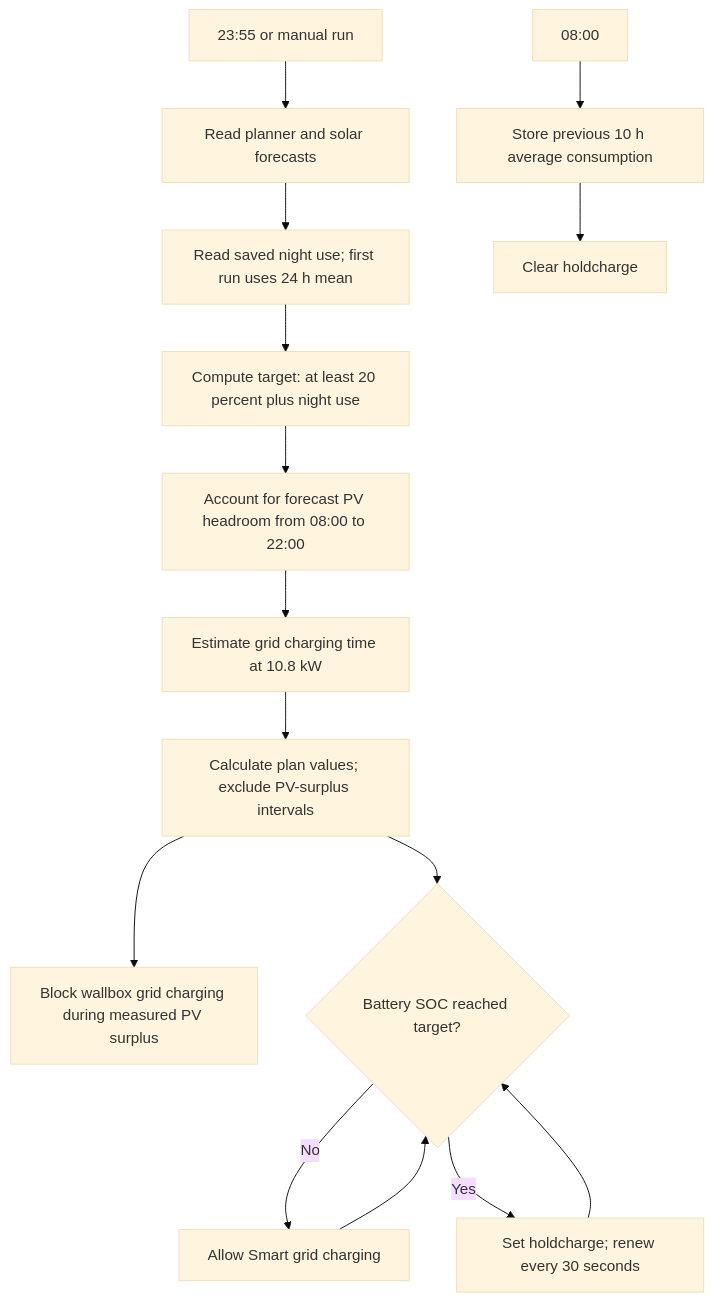
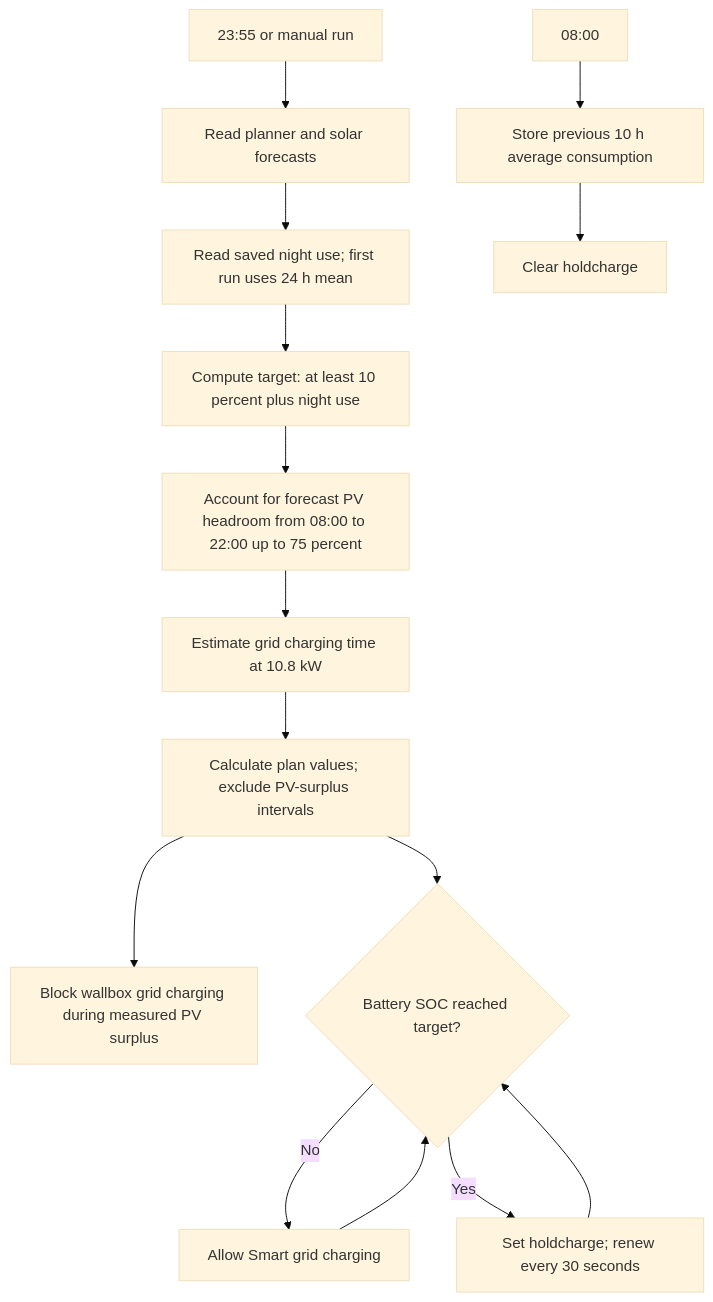
One commit to synb10se/docs changed the second of 2 diagrams in home-assistant/evcc/EVCC_PREISOPTIMIERUNG.en.md. Above: the diagram before and after it, drawn with Mermaid (base theme). The commit also changed other lines of this file, not shown here.

````diff
--- a/home-assistant/evcc/EVCC_PREISOPTIMIERUNG.en.md
+++ b/home-assistant/evcc/EVCC_PREISOPTIMIERUNG.en.md
@@ -44,17 +90,17 @@
 ```mermaid
 flowchart TD
     A[23:55 or manual run] --> B[Read planner and solar forecasts]
     B --> C[Read saved night use; first run uses 24 h mean]
-    C --> D[Compute target: at least 20 percent plus night use]
-    D --> E[Account for forecast PV headroom from 08:00 to 22:00]
+    C --> D[Compute target: at least 10 percent plus night use]
+    D --> E[Account for forecast PV headroom from 08:00 to 22:00 up to 75 percent]
     E --> F[Estimate grid charging time at 10.8 kW]
     F --> G[Calculate plan values; exclude PV-surplus intervals]
     G --> N[Block wallbox grid charging during measured PV surplus]
     G --> H{Battery SOC reached target?}
     H -- No --> I[Allow Smart grid charging]
     H -- Yes --> J[Set holdcharge; renew every 30 seconds]
     I --> H
     J --> H
     K[08:00] --> L[Store previous 10 h average consumption]
     L --> M[Clear holdcharge]
 ```
````
